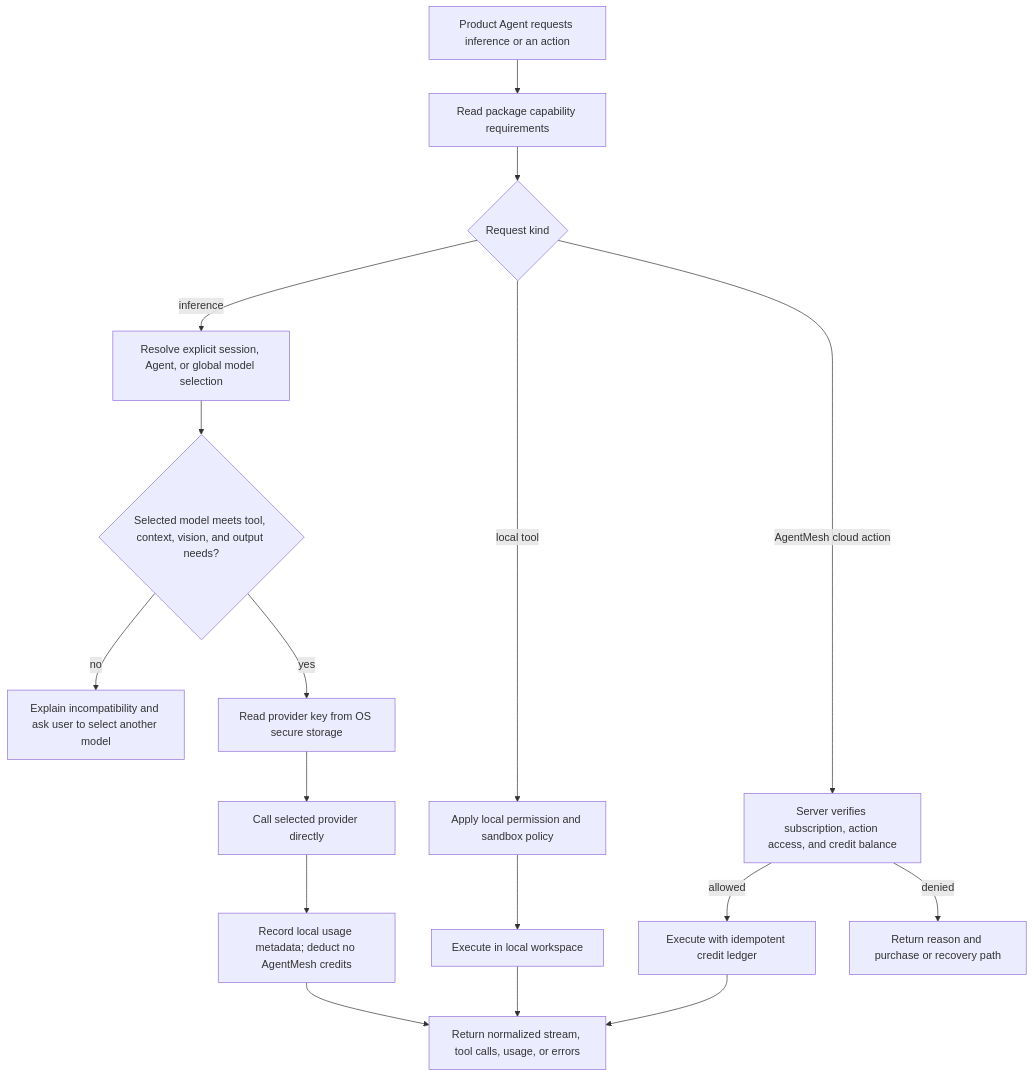
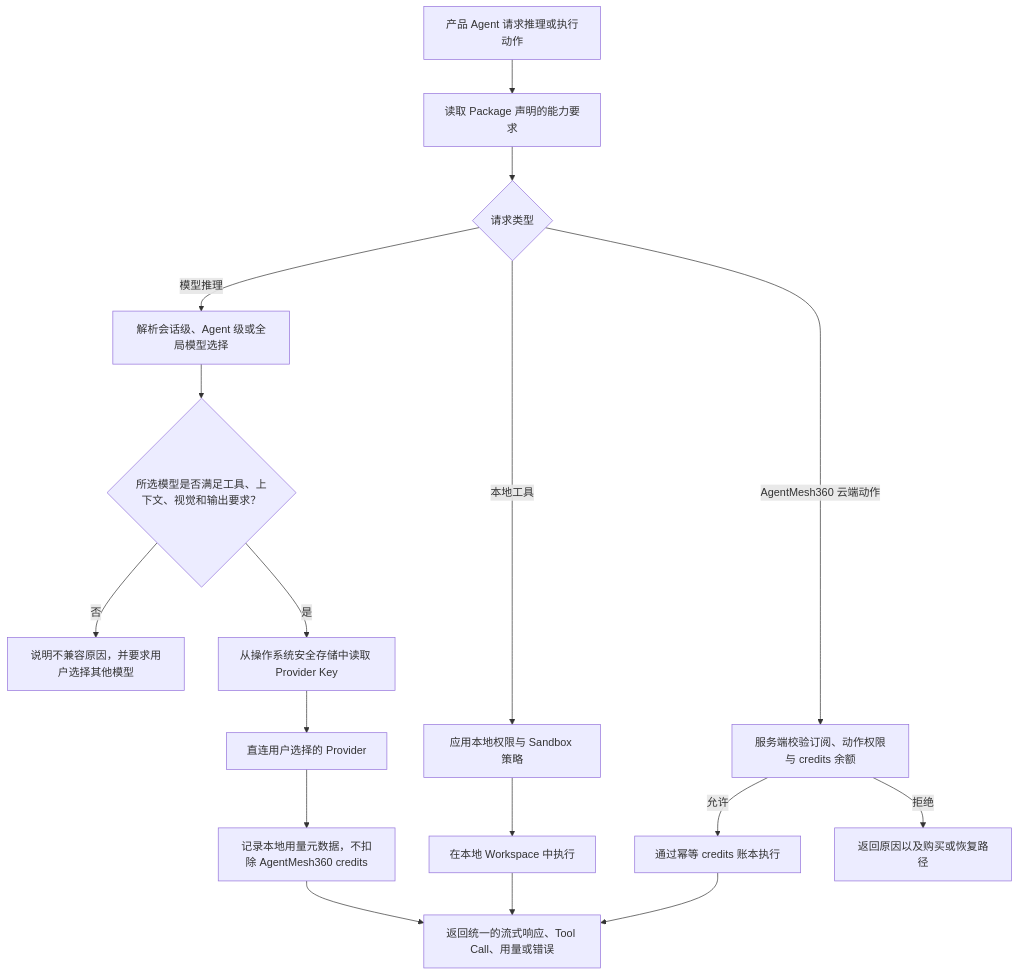
Before and after one commit to jiyangnan/AgentMesh360-Client: the seventh of 8 diagrams in docs/architecture/PRODUCT_BLUEPRINT.md, drawn with Mermaid. The commit also changed other lines of this file and 2 other files, not shown here.

Commit message:
docs: translate product blueprint to Chinese

````diff
--- a/docs/architecture/PRODUCT_BLUEPRINT.md
+++ b/docs/architecture/PRODUCT_BLUEPRINT.md
@@ -372,23 +366,23 @@
 ```mermaid
 flowchart TD
-    REQUEST["Product Agent requests inference or an action"] --> DECLARED["Read package capability requirements"]
-    DECLARED --> KIND{"Request kind"}
+    REQUEST["产品 Agent 请求推理或执行动作"] --> DECLARED["读取 Package 声明的能力要求"]
+    DECLARED --> KIND{"请求类型"}
 
-    KIND -->|"inference"| MODEL["Resolve explicit session, Agent, or global model selection"]
-    MODEL --> CAPABLE{"Selected model meets tool, context, vision, and output needs?"}
-    CAPABLE -->|"no"| EXPLAIN["Explain incompatibility and ask user to select another model"]
-    CAPABLE -->|"yes"| SECRET["Read provider key from OS secure storage"]
-    SECRET --> DIRECT["Call selected provider directly"]
-    DIRECT --> USAGE["Record local usage metadata; deduct no AgentMesh credits"]
+    KIND -->|"模型推理"| MODEL["解析会话级、Agent 级或全局模型选择"]
+    MODEL --> CAPABLE{"所选模型是否满足工具、上下文、视觉和输出要求？"}
+    CAPABLE -->|"否"| EXPLAIN["说明不兼容原因，并要求用户选择其他模型"]
+    CAPABLE -->|"是"| SECRET["从操作系统安全存储中读取 Provider Key"]
+    SECRET --> DIRECT["直连用户选择的 Provider"]
+    DIRECT --> USAGE["记录本地用量元数据，不扣除 AgentMesh360 credits"]
 
-    KIND -->|"local tool"| POLICY["Apply local permission and sandbox policy"]
-    POLICY --> LOCAL_RESULT["Execute in local workspace"]
+    KIND -->|"本地工具"| POLICY["应用本地权限与 Sandbox 策略"]
+    POLICY --> LOCAL_RESULT["在本地 Workspace 中执行"]
 
-    KIND -->|"AgentMesh cloud action"| ENTITLEMENT["Server verifies subscription, action access, and credit balance"]
-    ENTITLEMENT -->|"allowed"| CLOUD["Execute with idempotent credit ledger"]
-    ENTITLEMENT -->|"denied"| DENIED["Return reason and purchase or recovery path"]
+    KIND -->|"AgentMesh360 云端动作"| ENTITLEMENT["服务端校验订阅、动作权限与 credits 余额"]
+    ENTITLEMENT -->|"允许"| CLOUD["通过幂等 credits 账本执行"]
+    ENTITLEMENT -->|"拒绝"| DENIED["返回原因以及购买或恢复路径"]
 
-    USAGE --> RESULT["Return normalized stream, tool calls, usage, or errors"]
+    USAGE --> RESULT["返回统一的流式响应、Tool Call、用量或错误"]
     LOCAL_RESULT --> RESULT
     CLOUD --> RESULT
 ```
````
